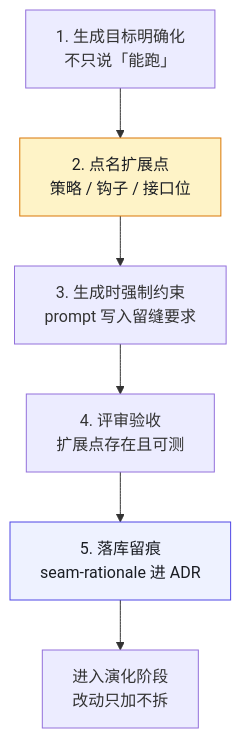
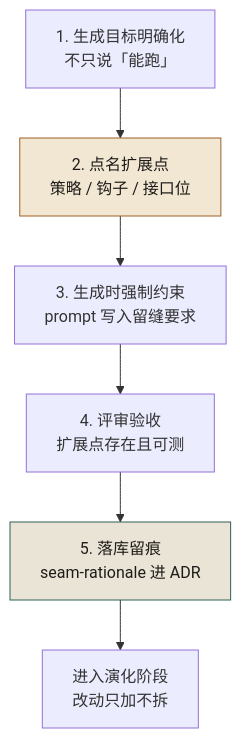
One commit to funny8kids/AI_Native_Software_Engineering changed the first of 3 diagrams in docs/manuscript/ch16-第11章-留缝.md. Above: the diagram before and after it, drawn with Mermaid. The commit also changed other lines of this file and 81 other files, not shown here.

````diff
--- a/docs/manuscript/ch16-第11章-留缝.md
+++ b/docs/manuscript/ch16-第11章-留缝.md
@@ -41,10 +41,10 @@
 ```mermaid
 flowchart TB
   S1[1. 生成目标明确化<br/>不只说「能跑」] --> S2[2. 点名扩展点<br/>策略 / 钩子 / 接口位]
   S2 --> S3[3. 生成时强制约束<br/>prompt 写入留缝要求]
   S3 --> S4[4. 评审验收<br/>扩展点存在且可测]
   S4 --> S5[5. 落库留痕<br/>seam-rationale 进 ADR]
   S5 --> RUN[进入演化阶段<br/>改动只加不拆]
-  style S2 fill:#fef3c7,stroke:#d97706,color:#1a1d23
-  style S5 fill:#eef2ff,stroke:#4f46e5,color:#1a1d23
+  style S2 fill:#f2e7d3,stroke:#9d6127,color:#1e1c19
+  style S5 fill:#eae4d6,stroke:#2f6154,color:#1e1c19
 ```
````
